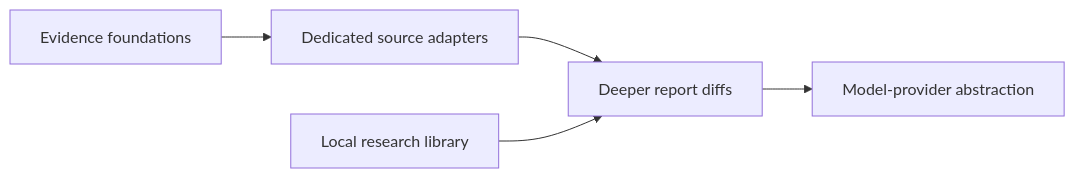
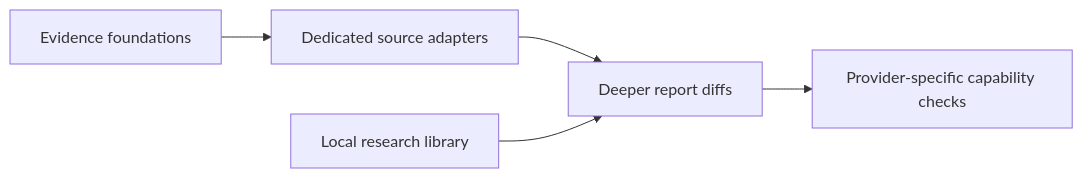
One commit to wp043/fitlens changed the fifth of 5 diagrams in README.md. Above: the diagram before and after it, drawn with Mermaid. The commit also changed other lines of this file and 6 other files, not shown here.

Commit message:
feat(model): add compatible provider adapter

````diff
--- a/README.md
+++ b/README.md
@@ -395,7 +433,7 @@
 ```mermaid
 flowchart LR
     E[Evidence foundations] --> A[Dedicated source adapters]
     A --> D[Deeper report diffs]
     L[Local research library] --> D
-    D --> P[Model-provider abstraction]
+    D --> P[Provider-specific capability checks]
 ```
````
